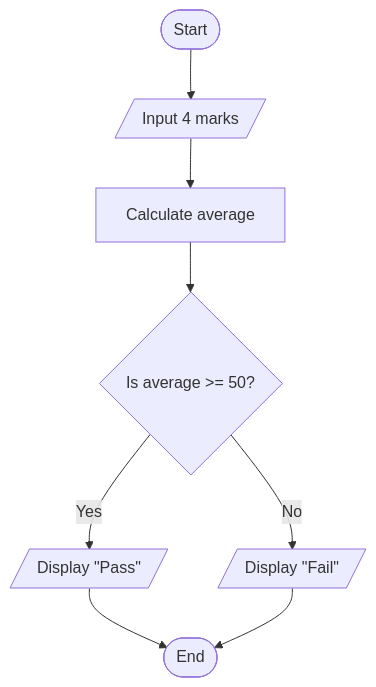
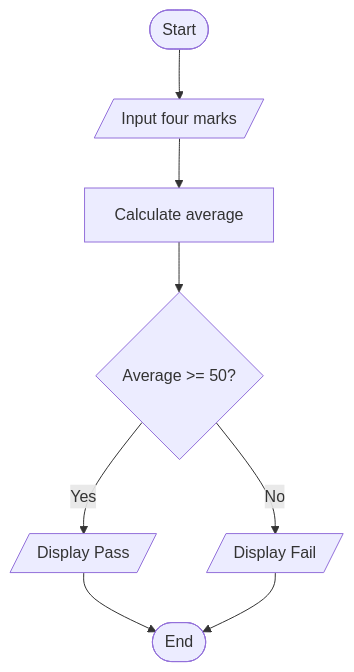
The diagram in 05-logic-building.md (Meenakshi5055/mastering_c), drawn with Mermaid before and after one commit. The commit also changed other lines of this file and 6 other files, not shown here.

````diff
--- a/05-logic-building.md
+++ b/05-logic-building.md
@@ -61,10 +55,10 @@
 ```mermaid
 flowchart TD
-    A([Start]) --> B[/Input 4 marks/]
+    A([Start]) --> B[/Input four marks/]
     B --> C[Calculate average]
-    C --> D{Is average >= 50?}
-    D -- Yes --> E[/Display "Pass"/]
-    D -- No --> F[/Display "Fail"/]
+    C --> D{Average >= 50?}
+    D -- Yes --> E[/Display Pass/]
+    D -- No --> F[/Display Fail/]
     E --> G([End])
     F --> G
 ```
````
